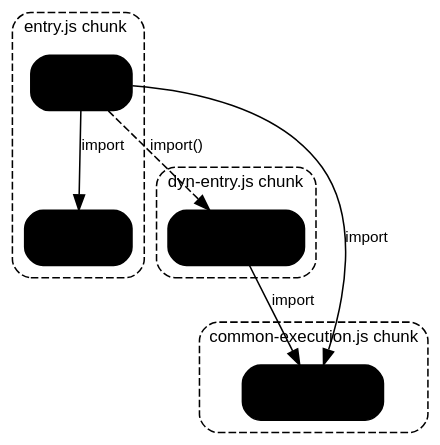
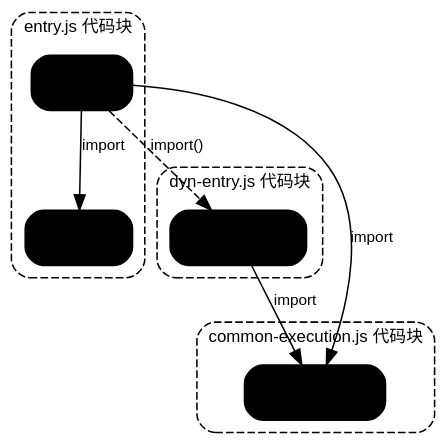
One commit to dogledogle/rolldown-docs-cn changed the third of 3 diagrams in in-depth/automatic-code-splitting.md. Above: the diagram before and after it, drawn with Graphviz. The commit also changed other lines of this file and 60 other files, not shown here.

````diff
--- a/in-depth/automatic-code-splitting.md
+++ b/in-depth/automatic-code-splitting.md
@@ -350,51 +350,51 @@
 ```dot
 digraph {
     bgcolor="transparent";
     rankdir=TB;
     node [shape=box, style="filled,rounded", fontname="Arial", fontsize=12, margin="0.2,0.1", color="${#3c3c43|#dfdfd6}", fontcolor="${#3c3c43|#dfdfd6}"];
     edge [fontname="Arial", fontsize=10, color="${#3c3c43|#dfdfd6}", fontcolor="${#3c3c43|#dfdfd6}"];
     compound=true;
 
     subgraph cluster_entry {
-        label="entry.js chunk";
+        label="entry.js 代码块";
         labeljust="l";
         fontname="Arial";
         fontsize=11;
         fontcolor="${#3c3c43|#dfdfd6}";
         style="dashed,rounded";
         color="${#d44803|#ff712a}";
 
         entry [label="entry.js", fillcolor="${#fff0e0|#4a2a0a}"];
         setup [label="setup.js", fillcolor="${#fff0e0|#4a2a0a}"];
     }
 
     subgraph cluster_dyn {
-        label="dyn-entry.js chunk";
+        label="dyn-entry.js 代码块";
         labeljust="l";
         fontname="Arial";
         fontsize=11;
         fontcolor="${#3c3c43|#dfdfd6}";
         style="dashed,rounded";
         color="${#d44803|#ff712a}";
 
         dyn [label="dyn-entry.js", fillcolor="${#fff0e0|#4a2a0a}"];
     }
 
     subgraph cluster_common {
-        label="common-execution.js chunk";
+        label="common-execution.js 代码块";
         labeljust="l";
         fontname="Arial";
         fontsize=11;
         fontcolor="${#3c3c43|#dfdfd6}";
         style="dashed,rounded";
         color="${#0366d6|#58a6ff}";
 
         execution [label="execution.js", fillcolor="${#dbeafe|#1e3a5f}"];
     }
 
     entry -> setup [label="import"];
     entry -> execution [label="import"];
     entry -> dyn [label="import()", style=dashed];
     dyn -> execution [label="import"];
 }
 ```
````
